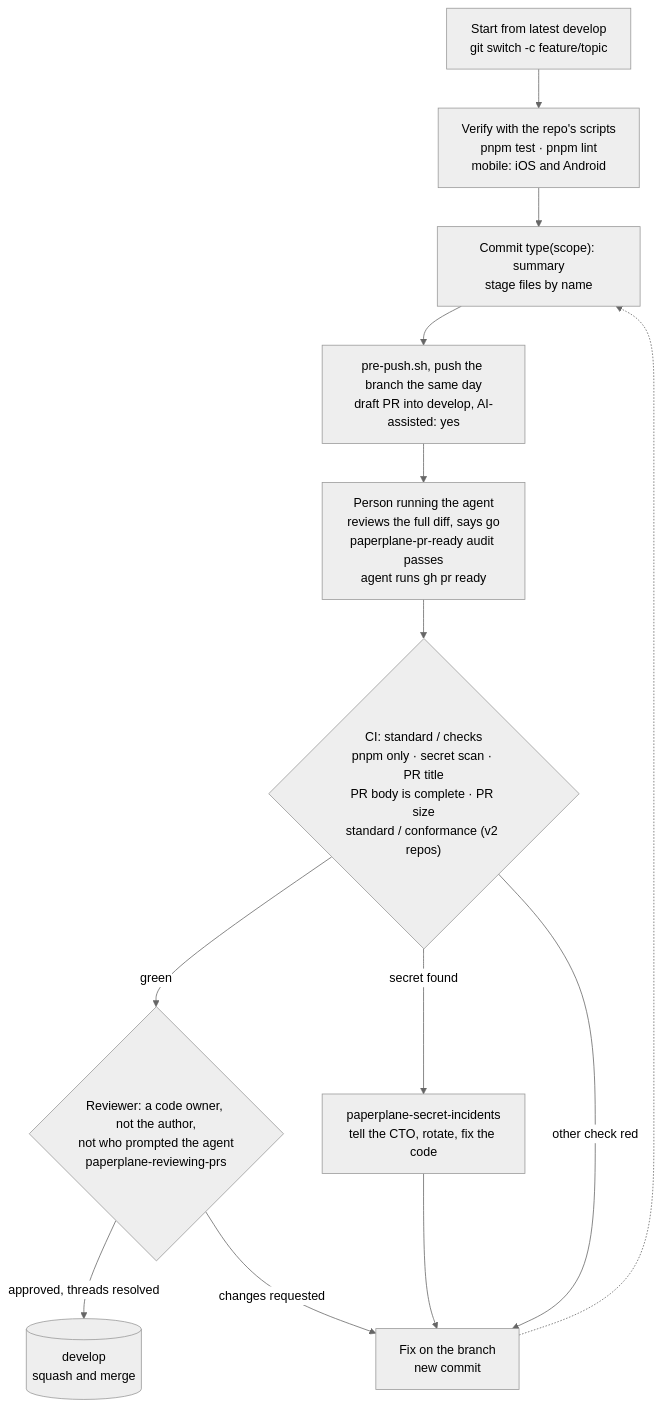
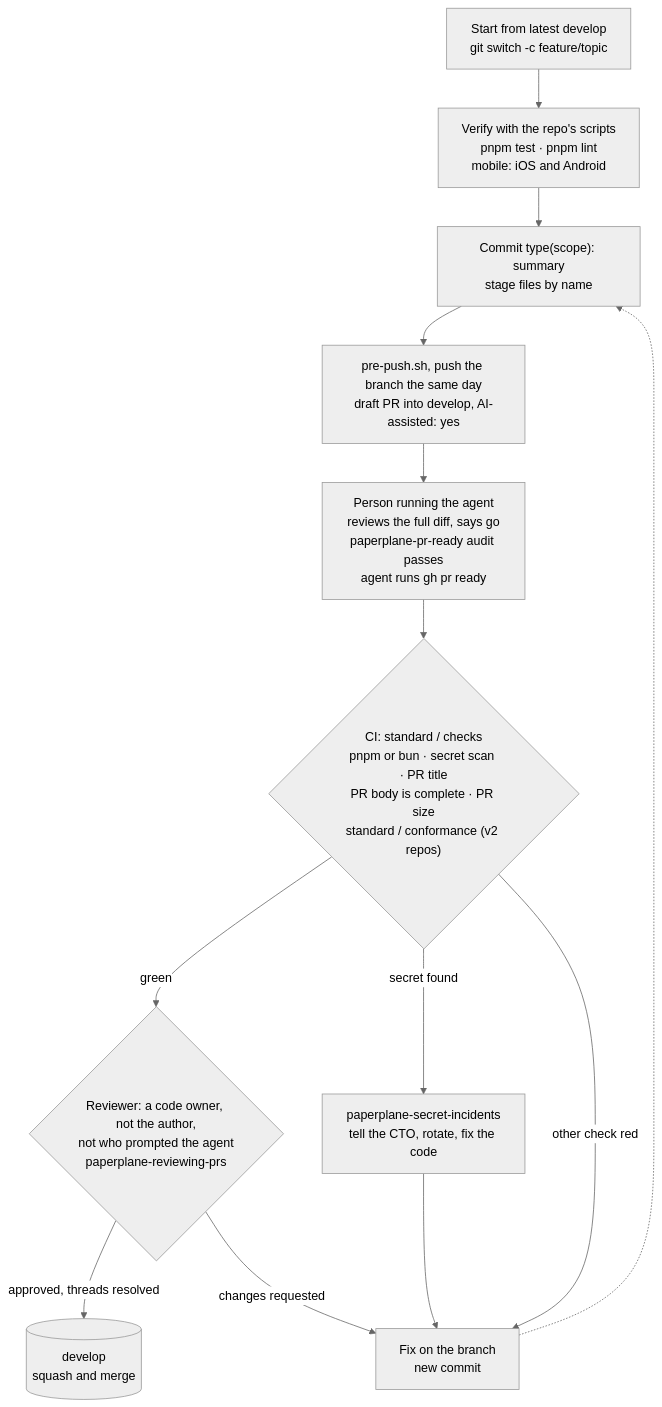
One commit to Jacob-Valor/paperplane-engineering-workflow-skills changed the first of 2 diagrams in README.md. Above: the diagram before and after it, drawn with Mermaid (neutral theme). The commit also changed other lines of this file and 13 other files, not shown here.

First line of the commit message:
docs(skills): pnpm or bun, never npm or yarn (guide 2026-11-24)

````diff
--- a/README.md
+++ b/README.md
@@ -124,15 +124,15 @@
 ```mermaid
 flowchart TD
   A["Start from latest develop<br/>git switch -c feature/topic"] --> B["Verify with the repo's scripts<br/>pnpm test · pnpm lint<br/>mobile: iOS and Android"]
   B --> C["Commit type(scope): summary<br/>stage files by name"]
   C --> F["pre-push.sh, push the branch the same day<br/>draft PR into develop, AI-assisted: yes"]
   F --> E["Person running the agent<br/>reviews the full diff, says go<br/>paperplane-pr-ready audit passes<br/>agent runs gh pr ready"]
-  E --> G{"CI: standard / checks<br/>pnpm only · secret scan · PR title<br/>PR body is complete · PR size<br/>standard / conformance (v2 repos)"}
+  E --> G{"CI: standard / checks<br/>pnpm or bun · secret scan · PR title<br/>PR body is complete · PR size<br/>standard / conformance (v2 repos)"}
   G -->|"green"| R{"Reviewer: a code owner, not the author,<br/>not who prompted the agent<br/>paperplane-reviewing-prs"}
   R -->|"approved, threads resolved"| D[("develop<br/>squash and merge")]
   G -->|"secret found"| S["paperplane-secret-incidents<br/>tell the CTO, rotate, fix the code"]
   G -->|"other check red"| X["Fix on the branch<br/>new commit"]
   R -->|"changes requested"| X
   S --> X
   X -.-> C
 ```
````
